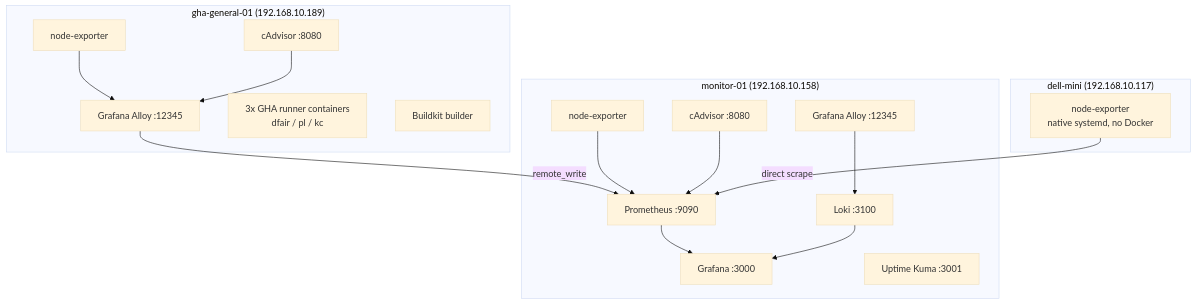
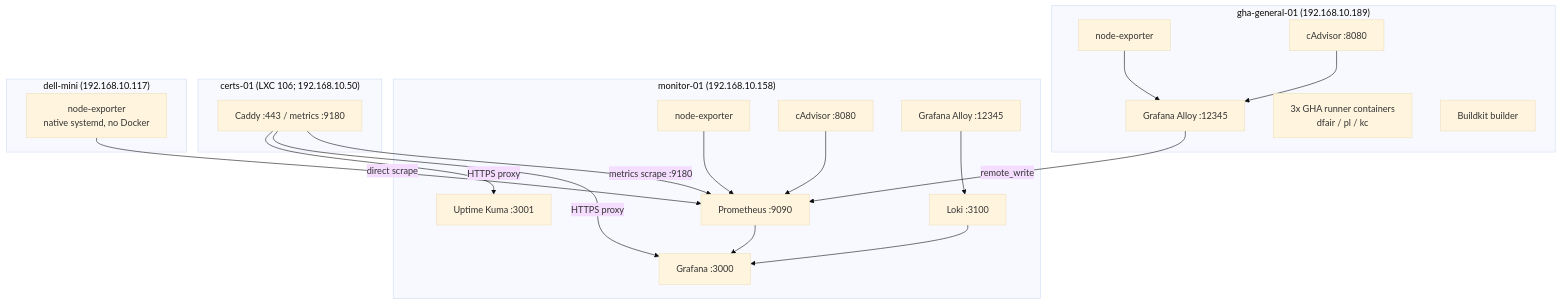
One commit to sethbarrett50/home_lab_docs changed the diagram in docs/services/monitoring.md. Above: the diagram before and after it, drawn with Mermaid (base theme). The commit also changed other lines of this file and 33 other files, not shown here.

````diff
--- a/docs/services/monitoring.md
+++ b/docs/services/monitoring.md
@@ -18,34 +16,41 @@
 ```mermaid
 graph TD
     subgraph "gha-general-01 (192.168.10.189)"
         NE1[node-exporter]
         CB1[cAdvisor :8080]
         AL1[Grafana Alloy :12345]
         R1[3x GHA runner containers\ndfair / pl / kc]
         BK[Buildkit builder]
     end
 
     subgraph "monitor-01 (192.168.10.158)"
         NE2[node-exporter]
         CB2[cAdvisor :8080]
         AL2[Grafana Alloy :12345]
         PROM[Prometheus :9090]
         LOKI[Loki :3100]
         GF[Grafana :3000]
         KUMA[Uptime Kuma :3001]
     end
 
+    subgraph "certs-01 (LXC 106; 192.168.10.50)"
+        CADDY[Caddy :443 / metrics :9180]
+    end
+
     subgraph "dell-mini (192.168.10.117)"
         NE3[node-exporter\nnative systemd, no Docker]
     end
 
     NE1 --> AL1
     CB1 --> AL1
     AL1 -->|remote_write| PROM
     NE2 --> PROM
     CB2 --> PROM
     NE3 -->|direct scrape| PROM
+    CADDY -->|metrics scrape :9180| PROM
+    CADDY -->|HTTPS proxy| GF
+    CADDY -->|HTTPS proxy| KUMA
     AL2 --> LOKI
     PROM --> GF
     LOKI --> GF
 ```
````
